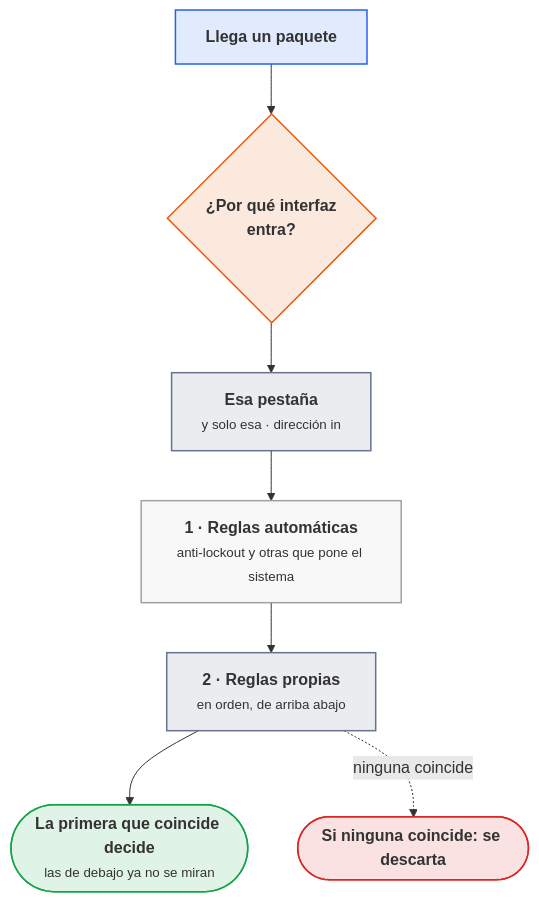
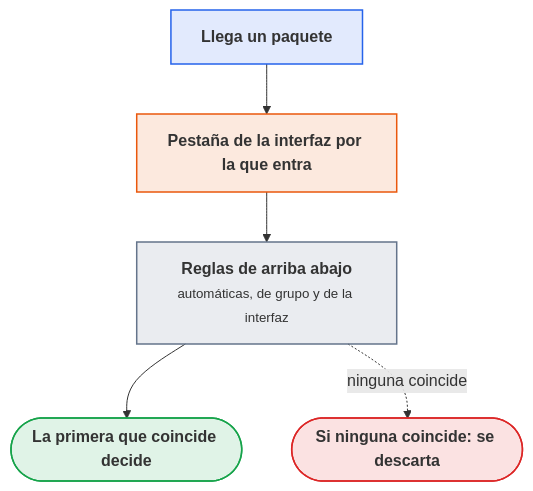
One commit to victor-educ/apuntes-5166 changed the second of 3 diagrams in docs/ut/ut3-seguridad-por-capas.md. Above: the diagram before and after it, drawn with Mermaid. The commit also changed other lines of this file and 4 other files, not shown here.

````diff
--- a/docs/ut/ut3-seguridad-por-capas.md
+++ b/docs/ut/ut3-seguridad-por-capas.md
@@ -243,18 +89,15 @@
 ```mermaid
 flowchart TB
     P["<b>Llega un paquete</b>"]:::dato
-    I{"<b>¿Por qué interfaz<br>entra?</b>"}:::act
-    PEST["<b>Esa pestaña</b><br><small>y solo esa · dirección in</small>"]:::pieza
-    AUT["<b>1 · Reglas automáticas</b><br><small>anti-lockout y otras que pone el sistema</small>"]:::infra
-    MIAS["<b>2 · Reglas propias</b><br><small>en orden, de arriba abajo</small>"]:::pieza
-    PRIM(["<b>La primera que coincide decide</b><br><small>las de debajo ya no se miran</small>"]):::ok
+    PEST["<b>Pestaña de la interfaz por la que entra</b>"]:::act
+    MIAS["<b>Reglas de arriba abajo</b><br><small>automáticas, de grupo y de la interfaz</small>"]:::pieza
+    PRIM(["<b>La primera que coincide decide</b>"]):::ok
     DENY(["<b>Si ninguna coincide: se descarta</b>"]):::riesgo
-    P --> I --> PEST --> AUT --> MIAS --> PRIM
+    P --> PEST --> MIAS --> PRIM
     MIAS -. "ninguna coincide" .-> DENY
     classDef act fill:#ea580c22,stroke:#ea580c,stroke-width:1.5px
     classDef pieza fill:#64748b22,stroke:#64748b,stroke-width:1.5px
     classDef dato fill:#2563eb22,stroke:#2563eb,stroke-width:1.5px
-    classDef infra fill:#a1a1aa14,stroke:#a1a1aa,stroke-width:1.5px
     classDef ok fill:#16a34a22,stroke:#16a34a,stroke-width:1.5px
     classDef riesgo fill:#dc262622,stroke:#dc2626,stroke-width:1.5px
 ```
````
